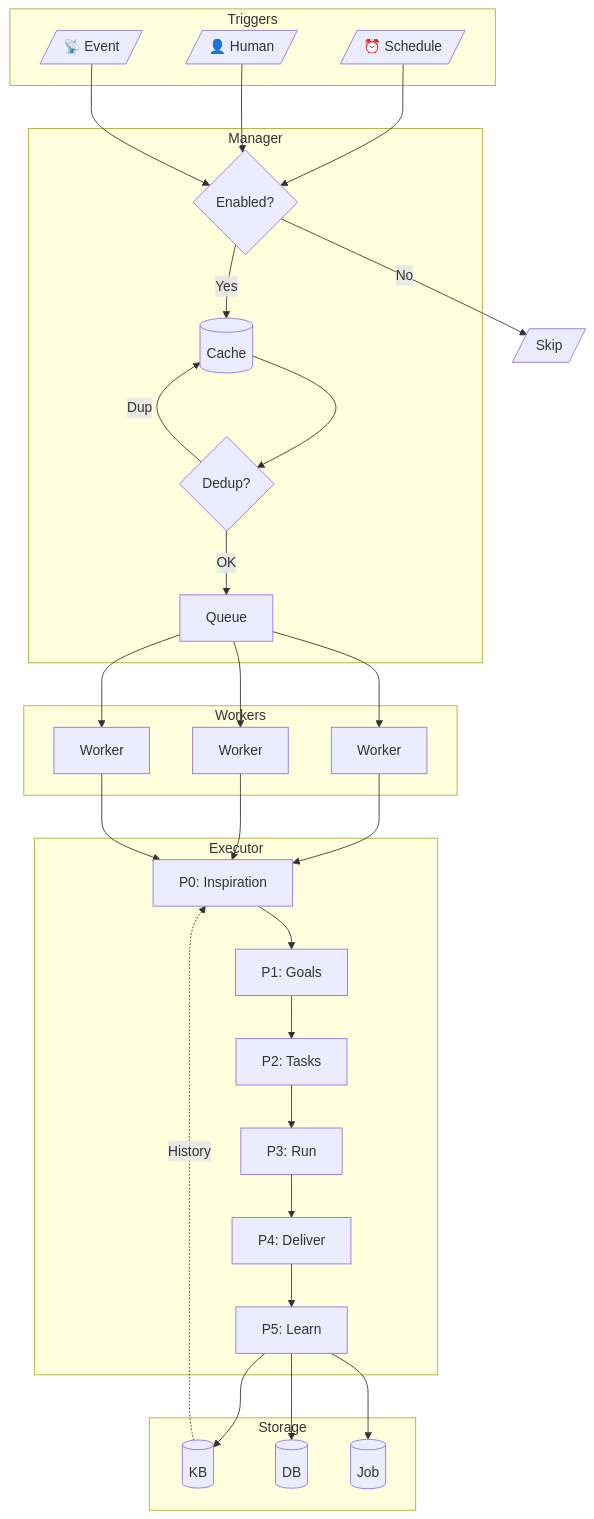
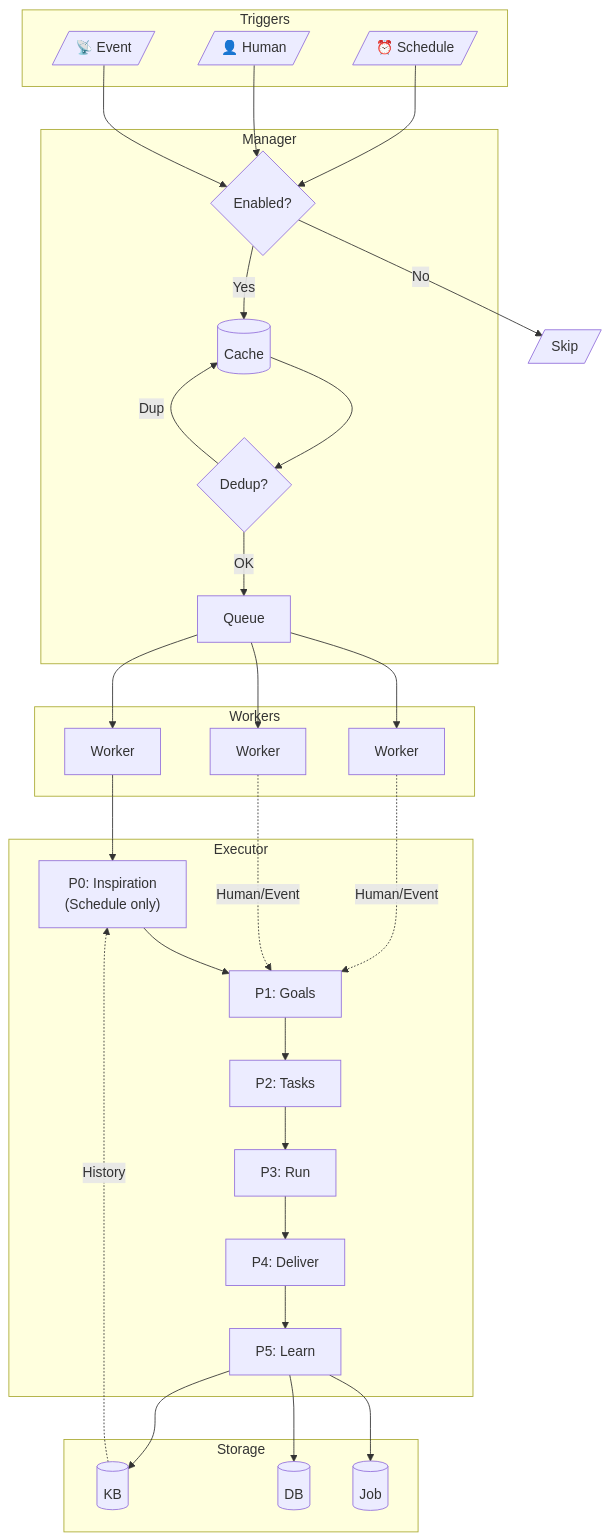
One commit to YaoApp/yao changed the first of 5 diagrams in agent/autonomous/DESIGN.md. Above: the diagram before and after it, drawn with Mermaid. The commit also changed other lines of this file, not shown here.

First line of the commit message:
Update Autonomous Agent Design Document to Clarify Execution Flow and Trigger Handling

````diff
--- a/agent/autonomous/DESIGN.md
+++ b/agent/autonomous/DESIGN.md
@@ -21,48 +21,50 @@
 ```mermaid
 flowchart TB
     subgraph Triggers["Triggers"]
         WC[/"⏰ Schedule"/]
         HI[/"👤 Human"/]
         EV[/"📡 Event"/]
     end
 
     subgraph Manager["Manager"]
         TC{"Enabled?"}
         Cache[("Cache")]
         Dedup{"Dedup?"}
         Queue["Queue"]
     end
 
     subgraph Pool["Workers"]
         W1["Worker"]
         W2["Worker"]
         W3["Worker"]
     end
 
     subgraph Executor["Executor"]
-        P0["P0: Inspiration"]
+        P0["P0: Inspiration<br/>(Schedule only)"]
         P1["P1: Goals"]
         P2["P2: Tasks"]
         P3["P3: Run"]
         P4["P4: Deliver"]
         P5["P5: Learn"]
     end
 
     subgraph Storage["Storage"]
         KB[("KB")]
         DB[("DB")]
         Job[("Job")]
     end
 
-    WC & HI & EV --> TC
+    WC --> TC
+    HI & EV --> TC
     TC -->|Yes| Cache
     TC -->|No| X[/Skip/]
     Cache --> Dedup
     Dedup -->|OK| Queue
     Dedup -->|Dup| Cache
     Queue --> W1 & W2 & W3
-    W1 & W2 & W3 --> P0
+    W1 --> P0
+    W2 & W3 -.->|Human/Event| P1
     P0 --> P1 --> P2 --> P3 --> P4 --> P5
     P5 --> KB & DB & Job
     KB -.->|History| P0
 ```
````
